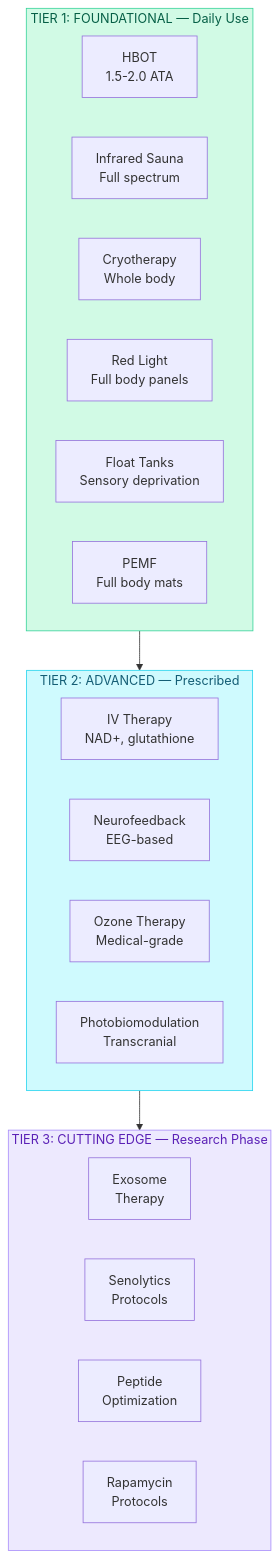
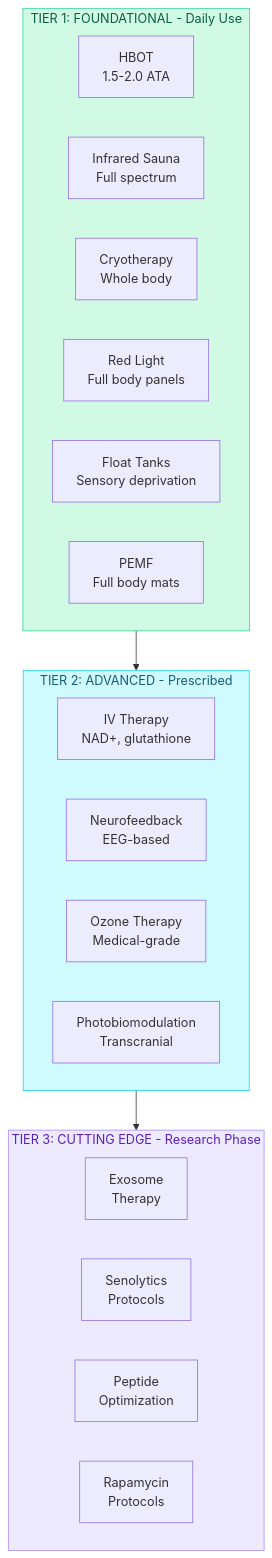
The eighth of 18 diagrams in docs/strategy/MARKET_STRATEGY_PLAN.md (Light-Brands/epic-center), drawn with Mermaid before and after one commit. The commit also changed other lines of this file and 5 other files, not shown here.

````diff
--- a/docs/strategy/MARKET_STRATEGY_PLAN.md
+++ b/docs/strategy/MARKET_STRATEGY_PLAN.md
@@ -275,31 +275,31 @@
 ```mermaid
 flowchart TB
-    subgraph T1["TIER 1: FOUNDATIONAL — Daily Use"]
+    subgraph T1["TIER 1: FOUNDATIONAL - Daily Use"]
         F1["HBOT<br/>1.5-2.0 ATA"]
         F2["Infrared Sauna<br/>Full spectrum"]
         F3["Cryotherapy<br/>Whole body"]
         F4["Red Light<br/>Full body panels"]
         F5["Float Tanks<br/>Sensory deprivation"]
         F6["PEMF<br/>Full body mats"]
     end
 
-    subgraph T2["TIER 2: ADVANCED — Prescribed"]
+    subgraph T2["TIER 2: ADVANCED - Prescribed"]
         A1["IV Therapy<br/>NAD+, glutathione"]
         A2["Neurofeedback<br/>EEG-based"]
         A3["Ozone Therapy<br/>Medical-grade"]
         A4["Photobiomodulation<br/>Transcranial"]
     end
 
-    subgraph T3["TIER 3: CUTTING EDGE — Research Phase"]
+    subgraph T3["TIER 3: CUTTING EDGE - Research Phase"]
         C1["Exosome<br/>Therapy"]
         C2["Senolytics<br/>Protocols"]
         C3["Peptide<br/>Optimization"]
         C4["Rapamycin<br/>Protocols"]
     end
 
     T1 --> T2 --> T3
 
     style T1 fill:#d1fae5,stroke:#34d399,color:#065f46
     style T2 fill:#cffafe,stroke:#22d3ee,color:#155e75
     style T3 fill:#ede9fe,stroke:#a78bfa,color:#5b21b6
 ```
````
